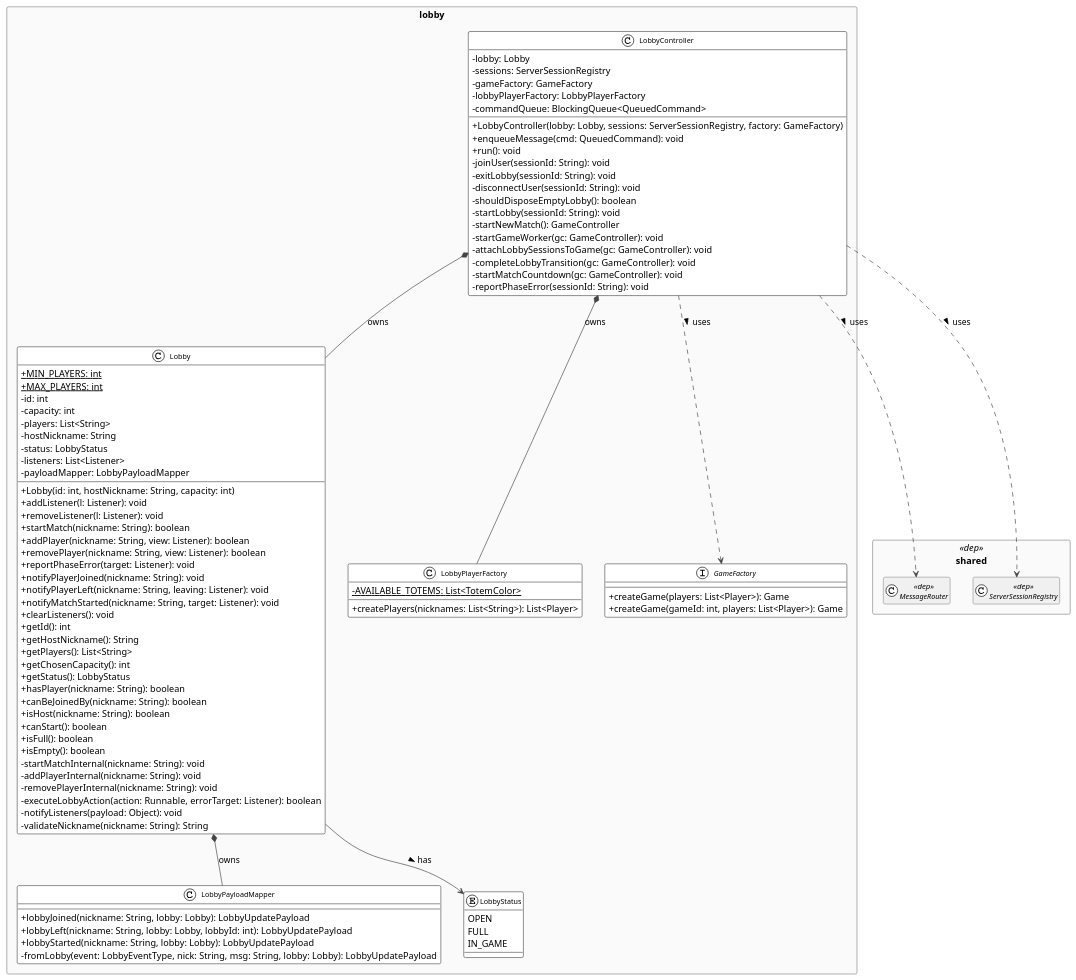
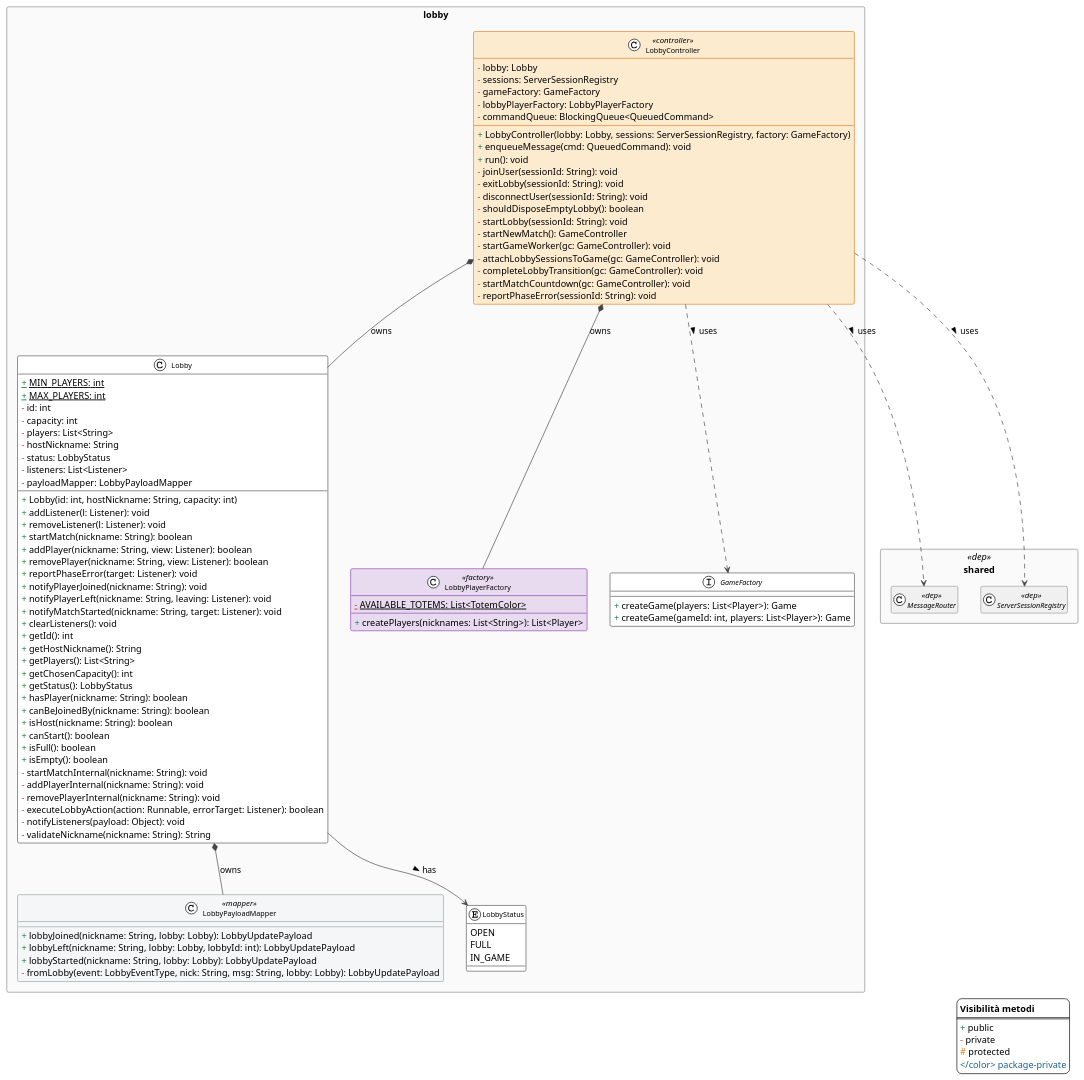
One commit to Zorli/MesosProject changed the diagram in docs/uml/server-lobby.puml. Above: the diagram before and after it, drawn with PlantUML. The commit also changed 4 other files, not shown here.

First line of the commit message:
docs: add layer and visibility colors to UML diagrams

```diff
--- a/docs/uml/server-lobby.puml
+++ b/docs/uml/server-lobby.puml
@@ -1,146 +1,176 @@
 @startuml server-lobby
 !theme plain
 top to bottom direction
 
 skinparam classAttributeIconSize 0
 skinparam defaultFontName "Segoe UI"
 skinparam class {
   BackgroundColor White
   BorderColor #555
   ArrowColor #444
   FontSize 11
 }
 skinparam interface {
   BackgroundColor #D6EAF8
   BorderColor #2980B9
 }
 skinparam enum {
   BackgroundColor #D5F5E3
   BorderColor #27AE60
 }
 skinparam class<<dep>> {
   BackgroundColor #F0F0F0
   BorderColor #999
   FontStyle italic
 }
 skinparam packageStyle rectangle
 skinparam package {
   BackgroundColor #FAFAFA
   BorderColor #888
 }
 
+skinparam class<<controller>> {
+  BackgroundColor #FDEBD0
+  BorderColor #E67E22
+}
+skinparam class<<handler>> {
+  BackgroundColor #FEF9E7
+  BorderColor #F0A500
+}
+skinparam class<<service>> {
+  BackgroundColor #D5F5E3
+  BorderColor #27AE60
+}
+skinparam class<<factory>> {
+  BackgroundColor #E8DAEF
+  BorderColor #8E44AD
+}
+skinparam class<<mapper>> {
+  BackgroundColor #F4F6F7
+  BorderColor #95A5A6
+}
+
 ' ─── SHARED DEPENDENCIES (name only) ───────────────────────────────────────
 package "shared" <<dep>> {
   class MessageRouter <<dep>>
   class ServerSessionRegistry <<dep>>
   hide MessageRouter members
   hide ServerSessionRegistry members
 }
 
 ' ─── LOBBY DOMAIN ──────────────────────────────────────────────────────────
 package "lobby" {
 
-  class LobbyController {
-    - lobby: Lobby
-    - sessions: ServerSessionRegistry
-    - gameFactory: GameFactory
-    - lobbyPlayerFactory: LobbyPlayerFactory
-    - commandQueue: BlockingQueue<QueuedCommand>
-    + LobbyController(lobby: Lobby, sessions: ServerSessionRegistry, factory: GameFactory)
-    + enqueueMessage(cmd: QueuedCommand): void
-    + run(): void
-    - joinUser(sessionId: String): void
-    - exitLobby(sessionId: String): void
-    - disconnectUser(sessionId: String): void
-    - shouldDisposeEmptyLobby(): boolean
-    - startLobby(sessionId: String): void
-    - startNewMatch(): GameController
-    - startGameWorker(gc: GameController): void
-    - attachLobbySessionsToGame(gc: GameController): void
-    - completeLobbyTransition(gc: GameController): void
-    - startMatchCountdown(gc: GameController): void
-    - reportPhaseError(sessionId: String): void
+  class LobbyController <<controller>> {
+    <color:#C0392B>-</color> lobby: Lobby
+    <color:#C0392B>-</color> sessions: ServerSessionRegistry
+    <color:#C0392B>-</color> gameFactory: GameFactory
+    <color:#C0392B>-</color> lobbyPlayerFactory: LobbyPlayerFactory
+    <color:#C0392B>-</color> commandQueue: BlockingQueue<QueuedCommand>
+    <color:#1E8449>+</color> LobbyController(lobby: Lobby, sessions: ServerSessionRegistry, factory: GameFactory)
+    <color:#1E8449>+</color> enqueueMessage(cmd: QueuedCommand): void
+    <color:#1E8449>+</color> run(): void
+    <color:#C0392B>-</color> joinUser(sessionId: String): void
+    <color:#C0392B>-</color> exitLobby(sessionId: String): void
+    <color:#C0392B>-</color> disconnectUser(sessionId: String): void
+    <color:#C0392B>-</color> shouldDisposeEmptyLobby(): boolean
+    <color:#C0392B>-</color> startLobby(sessionId: String): void
+    <color:#C0392B>-</color> startNewMatch(): GameController
+    <color:#C0392B>-</color> startGameWorker(gc: GameController): void
+    <color:#C0392B>-</color> attachLobbySessionsToGame(gc: GameController): void
+    <color:#C0392B>-</color> completeLobbyTransition(gc: GameController): void
+    <color:#C0392B>-</color> startMatchCountdown(gc: GameController): void
+    <color:#C0392B>-</color> reportPhaseError(sessionId: String): void
   }
 
   class Lobby {
-    + {static} MIN_PLAYERS: int
-    + {static} MAX_PLAYERS: int
-    - id: int
-    - capacity: int
-    - players: List<String>
-    - hostNickname: String
-    - status: LobbyStatus
-    - listeners: List<Listener>
-    - payloadMapper: LobbyPayloadMapper
-    + Lobby(id: int, hostNickname: String, capacity: int)
-    + addListener(l: Listener): void
-    + removeListener(l: Listener): void
-    + startMatch(nickname: String): boolean
-    + addPlayer(nickname: String, view: Listener): boolean
-    + removePlayer(nickname: String, view: Listener): boolean
-    + reportPhaseError(target: Listener): void
-    + notifyPlayerJoined(nickname: String): void
-    + notifyPlayerLeft(nickname: String, leaving: Listener): void
-    + notifyMatchStarted(nickname: String, target: Listener): void
-    + clearListeners(): void
-    + getId(): int
-    + getHostNickname(): String
-    + getPlayers(): List<String>
-    + getChosenCapacity(): int
-    + getStatus(): LobbyStatus
-    + hasPlayer(nickname: String): boolean
-    + canBeJoinedBy(nickname: String): boolean
-    + isHost(nickname: String): boolean
-    + canStart(): boolean
-    + isFull(): boolean
-    + isEmpty(): boolean
-    - startMatchInternal(nickname: String): void
-    - addPlayerInternal(nickname: String): void
-    - removePlayerInternal(nickname: String): void
-    - executeLobbyAction(action: Runnable, errorTarget: Listener): boolean
-    - notifyListeners(payload: Object): void
-    - validateNickname(nickname: String): String
+    <color:#1E8449>+</color> {static} MIN_PLAYERS: int
+    <color:#1E8449>+</color> {static} MAX_PLAYERS: int
+    <color:#C0392B>-</color> id: int
+    <color:#C0392B>-</color> capacity: int
+    <color:#C0392B>-</color> players: List<String>
+    <color:#C0392B>-</color> hostNickname: String
+    <color:#C0392B>-</color> status: LobbyStatus
+    <color:#C0392B>-</color> listeners: List<Listener>
+    <color:#C0392B>-</color> payloadMapper: LobbyPayloadMapper
+    <color:#1E8449>+</color> Lobby(id: int, hostNickname: String, capacity: int)
+    <color:#1E8449>+</color> addListener(l: Listener): void
+    <color:#1E8449>+</color> removeListener(l: Listener): void
+    <color:#1E8449>+</color> startMatch(nickname: String): boolean
+    <color:#1E8449>+</color> addPlayer(nickname: String, view: Listener): boolean
+    <color:#1E8449>+</color> removePlayer(nickname: String, view: Listener): boolean
+    <color:#1E8449>+</color> reportPhaseError(target: Listener): void
+    <color:#1E8449>+</color> notifyPlayerJoined(nickname: String): void
+    <color:#1E8449>+</color> notifyPlayerLeft(nickname: String, leaving: Listener): void
+    <color:#1E8449>+</color> notifyMatchStarted(nickname: String, target: Listener): void
+    <color:#1E8449>+</color> clearListeners(): void
+    <color:#1E8449>+</color> getId(): int
+    <color:#1E8449>+</color> getHostNickname(): String
+    <color:#1E8449>+</color> getPlayers(): List<String>
+    <color:#1E8449>+</color> getChosenCapacity(): int
+    <color:#1E8449>+</color> getStatus(): LobbyStatus
+    <color:#1E8449>+</color> hasPlayer(nickname: String): boolean
+    <color:#1E8449>+</color> canBeJoinedBy(nickname: String): boolean
+    <color:#1E8449>+</color> isHost(nickname: String): boolean
+    <color:#1E8449>+</color> canStart(): boolean
+    <color:#1E8449>+</color> isFull(): boolean
+    <color:#1E8449>+</color> isEmpty(): boolean
+    <color:#C0392B>-</color> startMatchInternal(nickname: String): void
+    <color:#C0392B>-</color> addPlayerInternal(nickname: String): void
+    <color:#C0392B>-</color> removePlayerInternal(nickname: String): void
+    <color:#C0392B>-</color> executeLobbyAction(action: Runnable, errorTarget: Listener): boolean
+    <color:#C0392B>-</color> notifyListeners(payload: Object): void
+    <color:#C0392B>-</color> validateNickname(nickname: String): String
   }
 
-  class LobbyPayloadMapper {
-    + lobbyJoined(nickname: String, lobby: Lobby): LobbyUpdatePayload
-    + lobbyLeft(nickname: String, lobby: Lobby, lobbyId: int): LobbyUpdatePayload
-    + lobbyStarted(nickname: String, lobby: Lobby): LobbyUpdatePayload
-    - fromLobby(event: LobbyEventType, nick: String, msg: String, lobby: Lobby): LobbyUpdatePayload
+  class LobbyPayloadMapper <<mapper>> {
+    <color:#1E8449>+</color> lobbyJoined(nickname: String, lobby: Lobby): LobbyUpdatePayload
+    <color:#1E8449>+</color> lobbyLeft(nickname: String, lobby: Lobby, lobbyId: int): LobbyUpdatePayload
+    <color:#1E8449>+</color> lobbyStarted(nickname: String, lobby: Lobby): LobbyUpdatePayload
+    <color:#C0392B>-</color> fromLobby(event: LobbyEventType, nick: String, msg: String, lobby: Lobby): LobbyUpdatePayload
   }
 
-  class LobbyPlayerFactory {
-    - {static} AVAILABLE_TOTEMS: List<TotemColor>
-    + createPlayers(nicknames: List<String>): List<Player>
+  class LobbyPlayerFactory <<factory>> {
+    <color:#C0392B>-</color> {static} AVAILABLE_TOTEMS: List<TotemColor>
+    <color:#1E8449>+</color> createPlayers(nicknames: List<String>): List<Player>
   }
 
   interface GameFactory {
-    + createGame(players: List<Player>): Game
-    + createGame(gameId: int, players: List<Player>): Game
+    <color:#1E8449>+</color> createGame(players: List<Player>): Game
+    <color:#1E8449>+</color> createGame(gameId: int, players: List<Player>): Game
   }
 
   enum LobbyStatus {
     OPEN
     FULL
     IN_GAME
   }
 }
 
 ' ─── RELATIONSHIPS ─────────────────────────────────────────────────────────
 
 ' Controller owns components
 LobbyController *-- Lobby              : owns
 LobbyController *-- LobbyPlayerFactory : owns
 
 ' Controller depends on
 LobbyController ..> GameFactory         : uses >
 LobbyController ..> MessageRouter       : uses >
 LobbyController ..> ServerSessionRegistry : uses >
 
 ' Lobby owns mapper
 Lobby *-- LobbyPayloadMapper : owns
 
 ' Lobby has status
 Lobby --> LobbyStatus : has >
 
+
+legend right
+  <b>Visibilità metodi</b>
+  ====
+  <color:#1E8449>+</color> public
+  <color:#C0392B>-</color> private
+  <color:#E67E22>#</color> protected
+  <color:#1F618D>~</color> package-private
+endlegend
 @enduml
```
